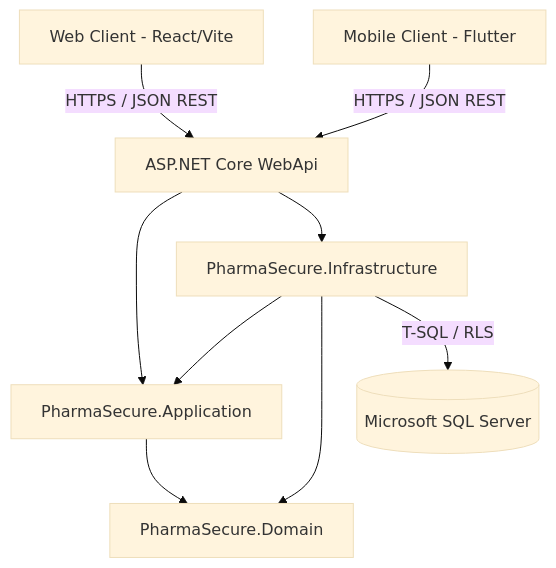
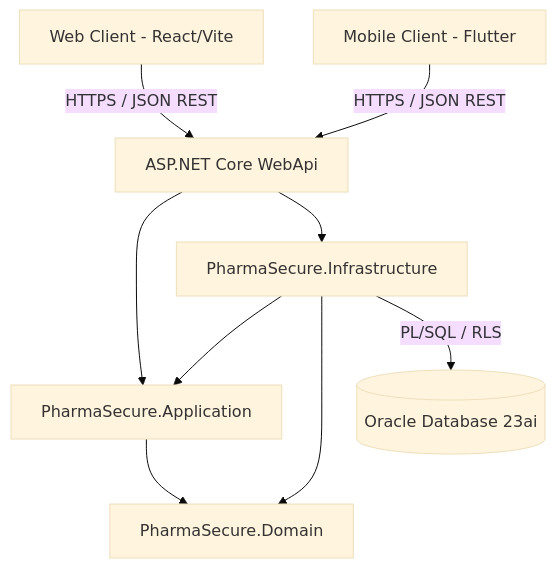
The diagram in docs/diagrams/README.md (Darkitsuki/PharmaChainSecurity), drawn with Mermaid (base theme) before and after one commit. The commit also changed 9 other files, not shown here.

Commit message:
Update schema & seed

````diff
--- a/docs/diagrams/README.md
+++ b/docs/diagrams/README.md
@@ -7,11 +7,11 @@
 ```mermaid
 graph TD
     ClientWeb[Web Client - React/Vite] -->|HTTPS / JSON REST| WebApi[ASP.NET Core WebApi]
     ClientMobile[Mobile Client - Flutter] -->|HTTPS / JSON REST| WebApi
     WebApi --> Application[PharmaSecure.Application]
     WebApi --> Infrastructure[PharmaSecure.Infrastructure]
     Infrastructure --> Application
     Infrastructure --> Domain[PharmaSecure.Domain]
     Application --> Domain
-    Infrastructure -->|T-SQL / RLS| SqlServer[(Microsoft SQL Server)]
+    Infrastructure -->|PL/SQL / RLS| SqlServer[(Oracle Database 23ai)]
 ```
````
